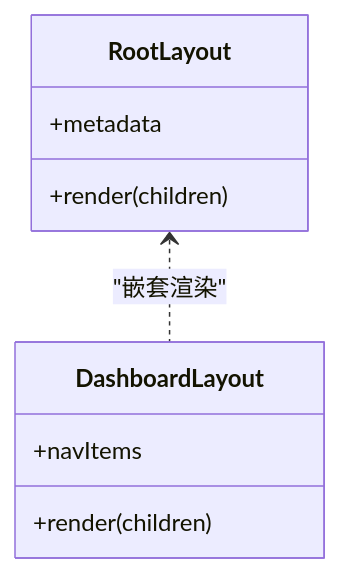
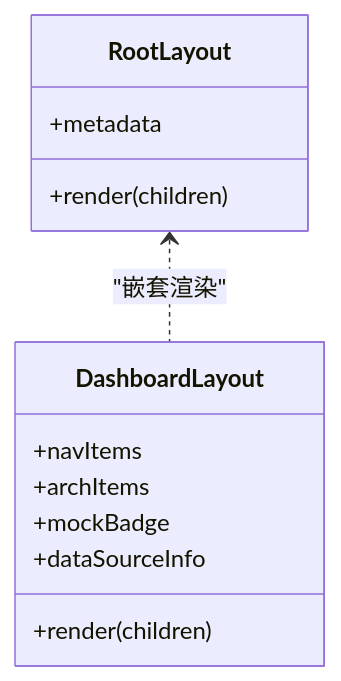
The third of 8 diagrams in .qoder/repowiki/zh/content/前端架构.md (ai-guru-global/agent-up), drawn with Mermaid before and after one commit. The commit also changed other lines of this file and 20 other files, not shown here.

````diff
--- a/.qoder/repowiki/zh/content/前端架构.md
+++ b/.qoder/repowiki/zh/content/前端架构.md
@@ -259,12 +275,15 @@
 ```mermaid
 classDiagram
 class RootLayout {
 +metadata
 +render(children)
 }
 class DashboardLayout {
 +navItems
++archItems
 +render(children)
++mockBadge
++dataSourceInfo
 }
 RootLayout <.. DashboardLayout : "嵌套渲染"
 ```
````
